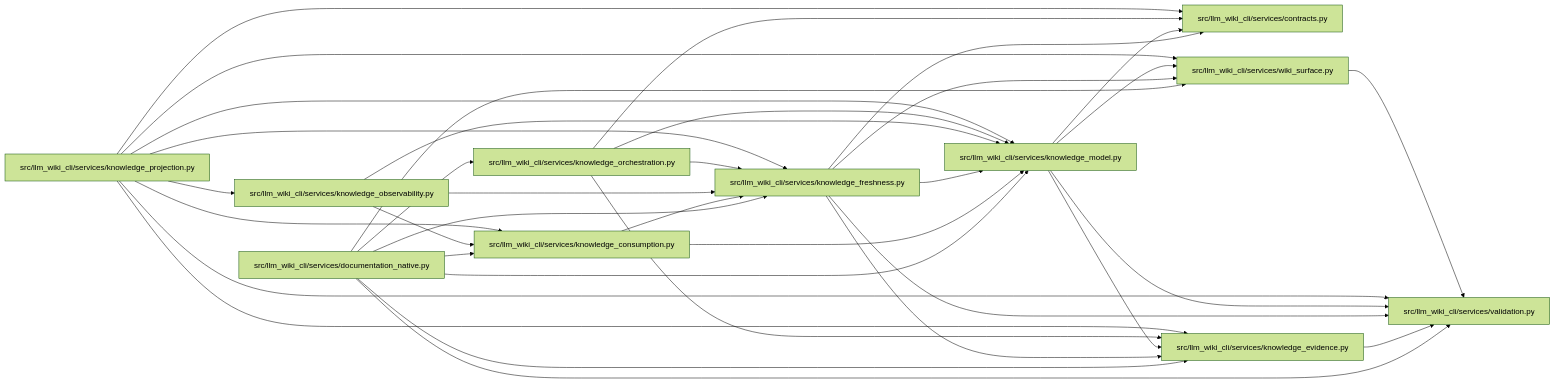
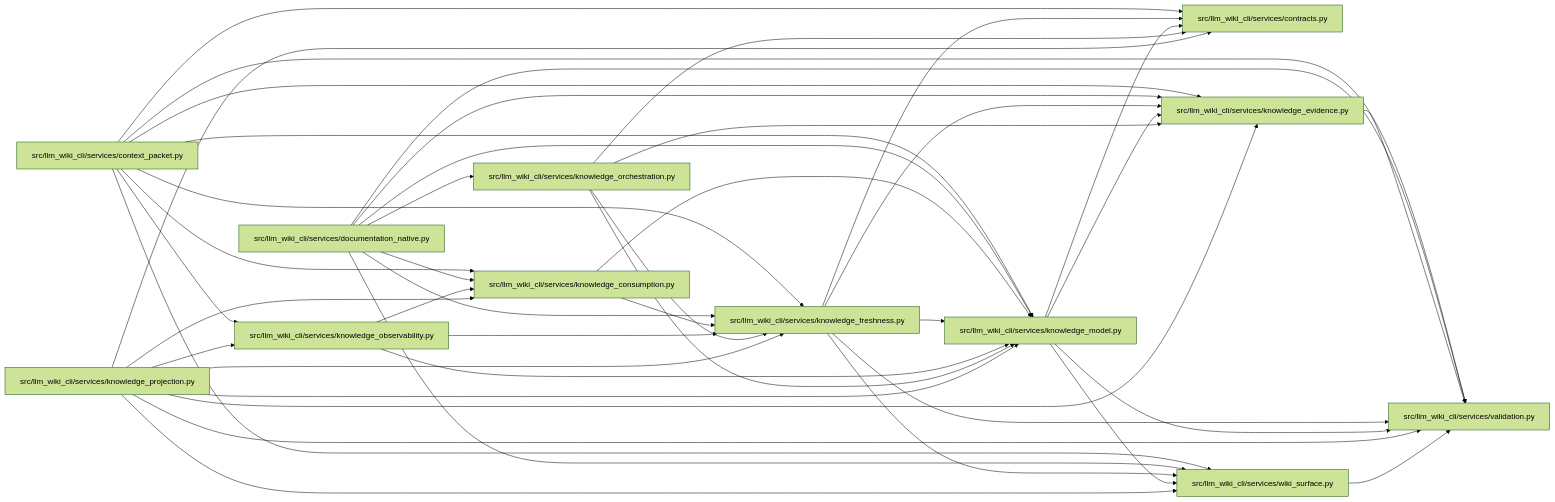
Before and after one commit to Denissvgn/python-wiki-llm: the diagram in docs/llm_wiki/modules/knowledge_freshness.md, drawn with Mermaid (forest theme). The commit also changed other lines of this file and 364 other files, not shown here.

````diff
--- a/docs/llm_wiki/modules/knowledge_freshness.md
+++ b/docs/llm_wiki/modules/knowledge_freshness.md
@@ -32,60 +32,70 @@
 ```mermaid
 flowchart LR
-    n0["src/llm_wiki_cli/services/contracts.py"]
-    n1["src/llm_wiki_cli/services/documentation_native.py"]
-    n2["src/llm_wiki_cli/services/knowledge_consumption.py"]
-    n3["src/llm_wiki_cli/services/knowledge_evidence.py"]
-    n4["src/llm_wiki_cli/services/knowledge_freshness.py"]
-    n5["src/llm_wiki_cli/services/knowledge_model.py"]
-    n6["src/llm_wiki_cli/services/knowledge_observability.py"]
-    n7["src/llm_wiki_cli/services/knowledge_orchestration.py"]
-    n8["src/llm_wiki_cli/services/knowledge_projection.py"]
-    n9["src/llm_wiki_cli/services/validation.py"]
-    n10["src/llm_wiki_cli/services/wiki_surface.py"]
-    n1 --> n2
-    n1 --> n3
-    n1 --> n4
-    n1 --> n5
-    n1 --> n7
-    n1 --> n9
-    n1 --> n10
+    n0["src/llm_wiki_cli/services/context_packet.py"]
+    n1["src/llm_wiki_cli/services/contracts.py"]
+    n2["src/llm_wiki_cli/services/documentation_native.py"]
+    n3["src/llm_wiki_cli/services/knowledge_consumption.py"]
+    n4["src/llm_wiki_cli/services/knowledge_evidence.py"]
+    n5["src/llm_wiki_cli/services/knowledge_freshness.py"]
+    n6["src/llm_wiki_cli/services/knowledge_model.py"]
+    n7["src/llm_wiki_cli/services/knowledge_observability.py"]
+    n8["src/llm_wiki_cli/services/knowledge_orchestration.py"]
+    n9["src/llm_wiki_cli/services/knowledge_projection.py"]
+    n10["src/llm_wiki_cli/services/validation.py"]
+    n11["src/llm_wiki_cli/services/wiki_surface.py"]
+    n0 --> n1
+    n0 --> n3
+    n0 --> n4
+    n0 --> n5
+    n0 --> n6
+    n0 --> n7
+    n0 --> n10
+    n0 --> n11
+    n2 --> n3
     n2 --> n4
     n2 --> n5
-    n3 --> n9
-    n4 --> n0
-    n4 --> n3
-    n4 --> n5
-    n4 --> n9
+    n2 --> n6
+    n2 --> n8
+    n2 --> n10
+    n2 --> n11
+    n3 --> n5
+    n3 --> n6
     n4 --> n10
-    n5 --> n0
-    n5 --> n3
-    n5 --> n9
+    n5 --> n1
+    n5 --> n4
+    n5 --> n6
     n5 --> n10
-    n6 --> n2
+    n5 --> n11
+    n6 --> n1
     n6 --> n4
-    n6 --> n5
-    n7 --> n0
+    n6 --> n10
+    n6 --> n11
     n7 --> n3
-    n7 --> n4
     n7 --> n5
-    n8 --> n0
-    n8 --> n2
-    n8 --> n3
+    n7 --> n6
+    n8 --> n1
     n8 --> n4
     n8 --> n5
     n8 --> n6
-    n8 --> n9
-    n8 --> n10
-    n10 --> n9
-    click n0 "../modules/services_contracts.md"
-    click n1 "../modules/documentation_native.md"
-    click n2 "../modules/knowledge_consumption.md"
-    click n3 "../modules/knowledge_evidence.md"
-    click n4 "../modules/knowledge_freshness.md"
-    click n5 "../modules/knowledge_model.md"
-    click n6 "../modules/knowledge_observability.md"
-    click n7 "../modules/knowledge_orchestration.md"
-    click n8 "../modules/knowledge_projection.md"
-    click n9 "../modules/validation.md"
-    click n10 "../modules/wiki_surface.md"
+    n9 --> n1
+    n9 --> n3
+    n9 --> n4
+    n9 --> n5
+    n9 --> n6
+    n9 --> n7
+    n9 --> n10
+    n9 --> n11
+    n11 --> n10
+    click n0 "../modules/context_packet.md"
+    click n1 "../modules/services_contracts.md"
+    click n2 "../modules/documentation_native.md"
+    click n3 "../modules/knowledge_consumption.md"
+    click n4 "../modules/knowledge_evidence.md"
+    click n5 "../modules/knowledge_freshness.md"
+    click n6 "../modules/knowledge_model.md"
+    click n7 "../modules/knowledge_observability.md"
+    click n8 "../modules/knowledge_orchestration.md"
+    click n9 "../modules/knowledge_projection.md"
+    click n10 "../modules/validation.md"
+    click n11 "../modules/wiki_surface.md"
 ```
````
